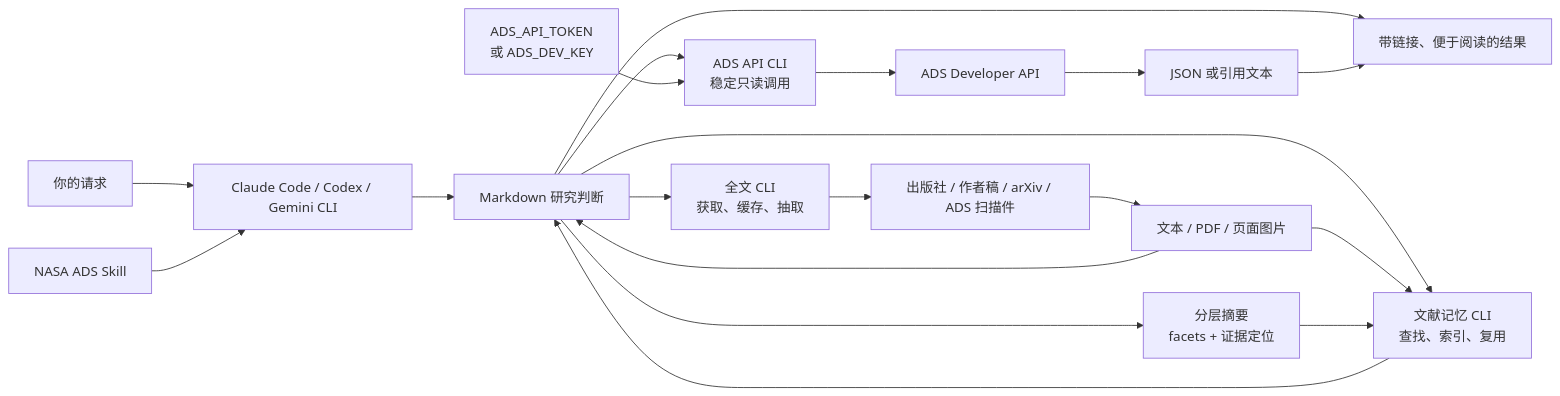
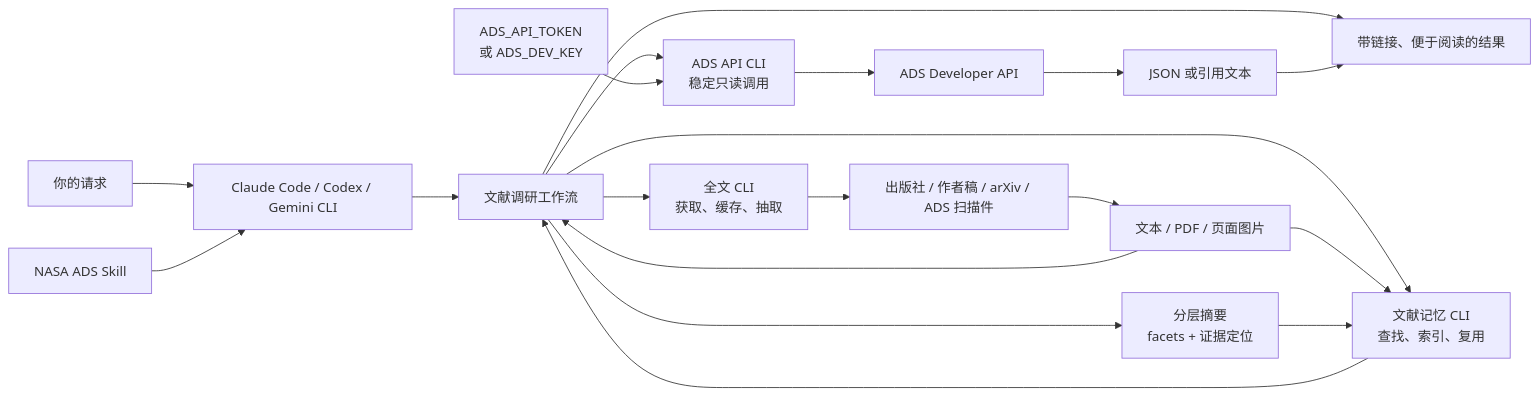
The diagram in README.zh-CN.md (SukiYume/nasa-ads-skill), drawn with Mermaid before and after one commit. The commit also changed other lines of this file and 9 other files, not shown here.

````diff
--- a/README.zh-CN.md
+++ b/README.zh-CN.md
@@ -79,21 +77,21 @@
 ```mermaid
 flowchart LR
     A["你的请求"] --> B["Claude Code / Codex / Gemini CLI"]
     S["NASA ADS Skill"] --> B
-    B --> M["Markdown 研究判断"]
+    B --> M["文献调研工作流"]
     M --> P["ADS API CLI<br/>稳定只读调用"]
     M --> F["全文 CLI<br/>获取、缓存、抽取"]
     M --> L["文献记忆 CLI<br/>查找、索引、复用"]
     T["ADS_API_TOKEN<br/>或 ADS_DEV_KEY"] --> P
     P --> C["ADS Developer API"]
     F --> X["出版社 / 作者稿 / arXiv / ADS 扫描件"]
     C --> D["JSON 或引用文本"]
     X --> R["文本 / PDF / 页面图片"]
     R --> M
     M --> K["分层摘要<br/>facets + 证据定位"]
     R --> L
     K --> L
     L --> M
     M --> E["带链接、便于阅读的结果"]
     D --> E
 ```
````
